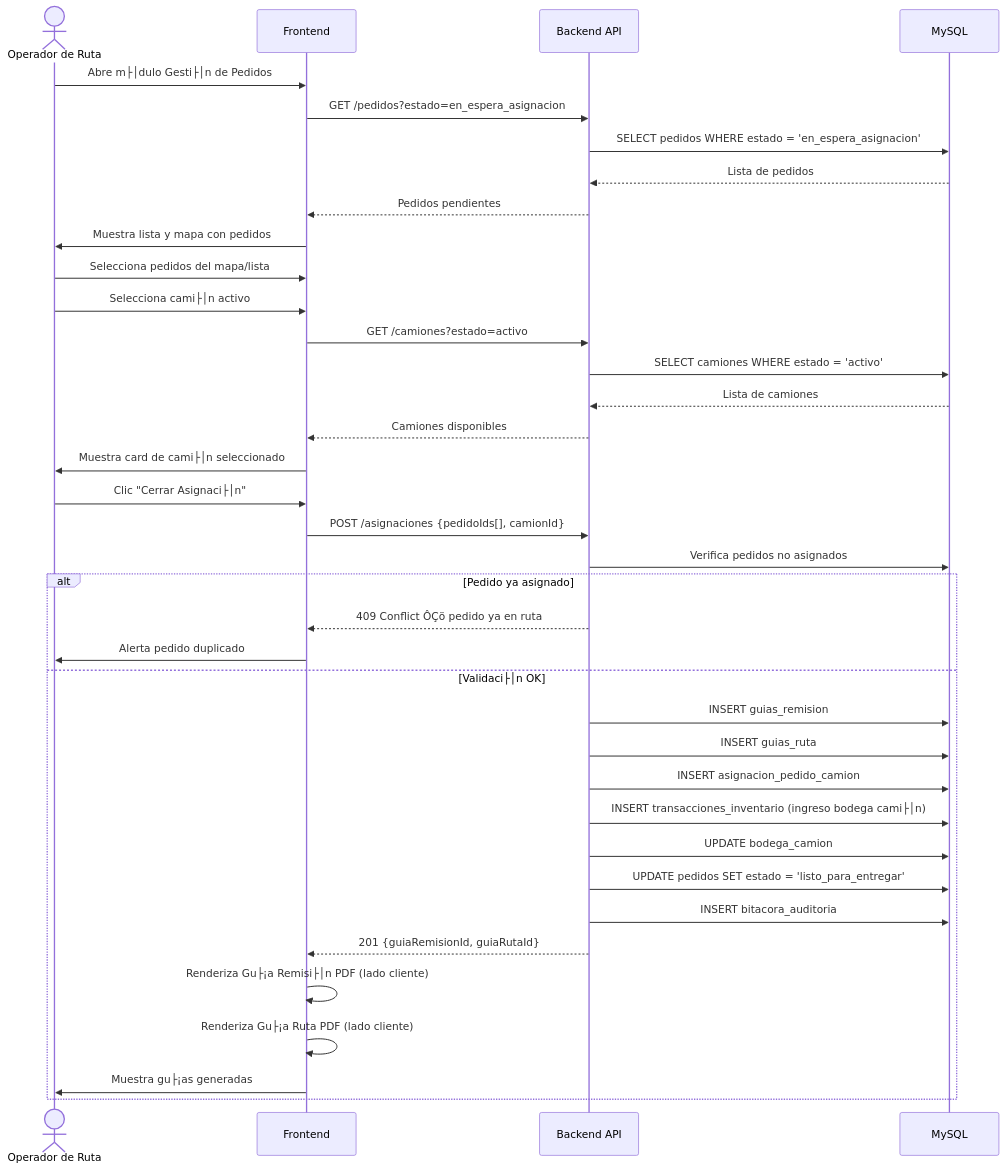
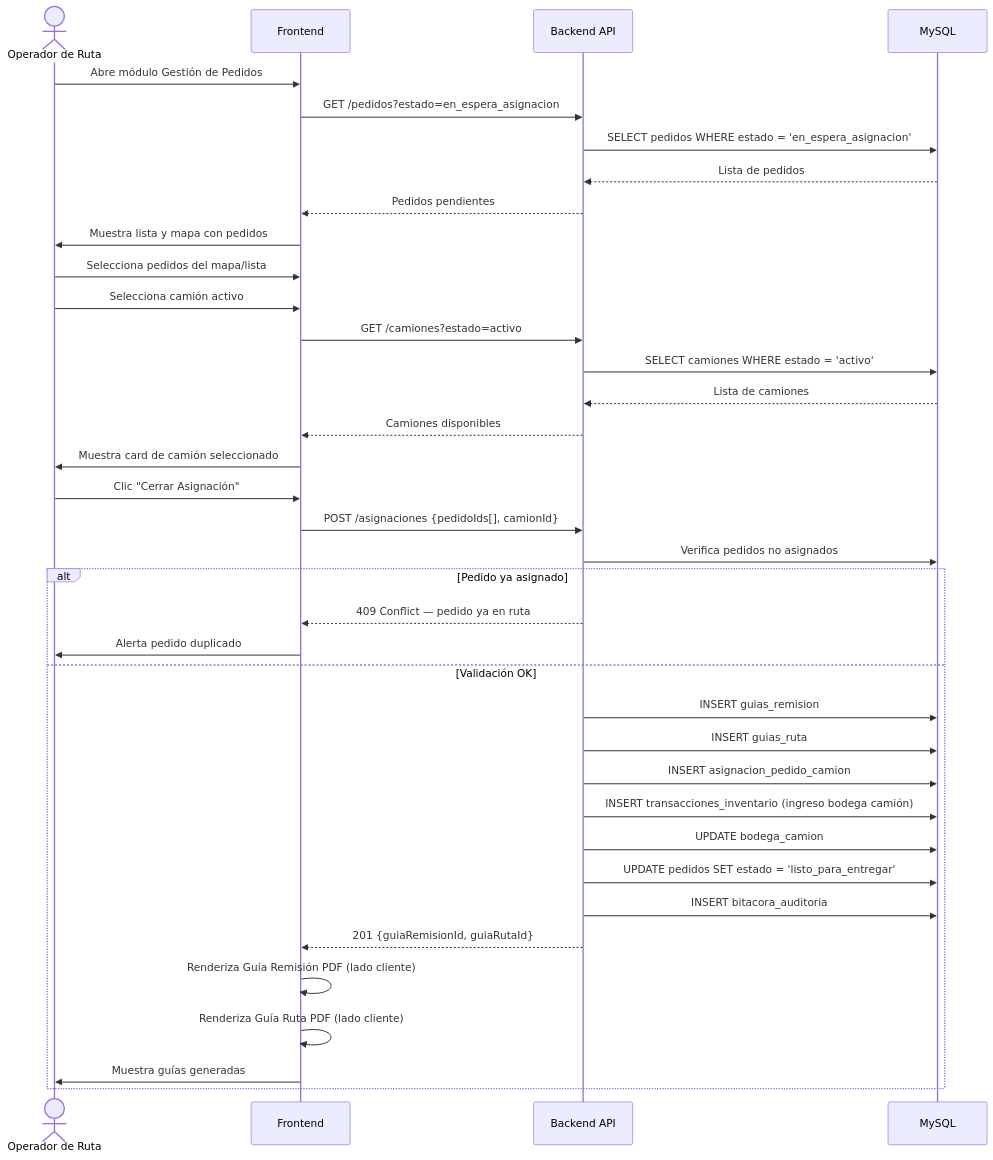
Before and after one commit to UNIPI6TO/PI-ECOMMERCE-FRITOLAY: the fourth of 23 diagrams in docs/especificacion.md, drawn with Mermaid. The commit also changed other lines of this file, not shown here.

````diff
--- a/docs/especificacion.md
+++ b/docs/especificacion.md
@@ -959,42 +959,42 @@
 ```mermaid
 sequenceDiagram
     actor Operador as Operador de Ruta
     participant FE as Frontend
     participant API as Backend API
     participant DB as MySQL
 
-    Operador->>FE: Abre m├│dulo Gesti├│n de Pedidos
+    Operador->>FE: Abre módulo Gestión de Pedidos
     FE->>API: GET /pedidos?estado=en_espera_asignacion
     API->>DB: SELECT pedidos WHERE estado = 'en_espera_asignacion'
     DB-->>API: Lista de pedidos
     API-->>FE: Pedidos pendientes
     FE->>Operador: Muestra lista y mapa con pedidos
 
     Operador->>FE: Selecciona pedidos del mapa/lista
-    Operador->>FE: Selecciona cami├│n activo
+    Operador->>FE: Selecciona camión activo
     FE->>API: GET /camiones?estado=activo
     API->>DB: SELECT camiones WHERE estado = 'activo'
     DB-->>API: Lista de camiones
     API-->>FE: Camiones disponibles
-    FE->>Operador: Muestra card de cami├│n seleccionado
+    FE->>Operador: Muestra card de camión seleccionado
 
-    Operador->>FE: Clic "Cerrar Asignaci├│n"
+    Operador->>FE: Clic "Cerrar Asignación"
     FE->>API: POST /asignaciones {pedidoIds[], camionId}
     API->>DB: Verifica pedidos no asignados
     alt Pedido ya asignado
-        API-->>FE: 409 Conflict ÔÇö pedido ya en ruta
+        API-->>FE: 409 Conflict — pedido ya en ruta
         FE->>Operador: Alerta pedido duplicado
-    else Validaci├│n OK
+    else Validación OK
         API->>DB: INSERT guias_remision
         API->>DB: INSERT guias_ruta
         API->>DB: INSERT asignacion_pedido_camion
-        API->>DB: INSERT transacciones_inventario (ingreso bodega cami├│n)
+        API->>DB: INSERT transacciones_inventario (ingreso bodega camión)
         API->>DB: UPDATE bodega_camion
         API->>DB: UPDATE pedidos SET estado = 'listo_para_entregar'
         API->>DB: INSERT bitacora_auditoria
         API-->>FE: 201 {guiaRemisionId, guiaRutaId}
-        FE->>FE: Renderiza Gu├¡a Remisi├│n PDF (lado cliente)
-        FE->>FE: Renderiza Gu├¡a Ruta PDF (lado cliente)
-        FE->>Operador: Muestra gu├¡as generadas
+        FE->>FE: Renderiza Guía Remisión PDF (lado cliente)
+        FE->>FE: Renderiza Guía Ruta PDF (lado cliente)
+        FE->>Operador: Muestra guías generadas
     end
 ```
````
